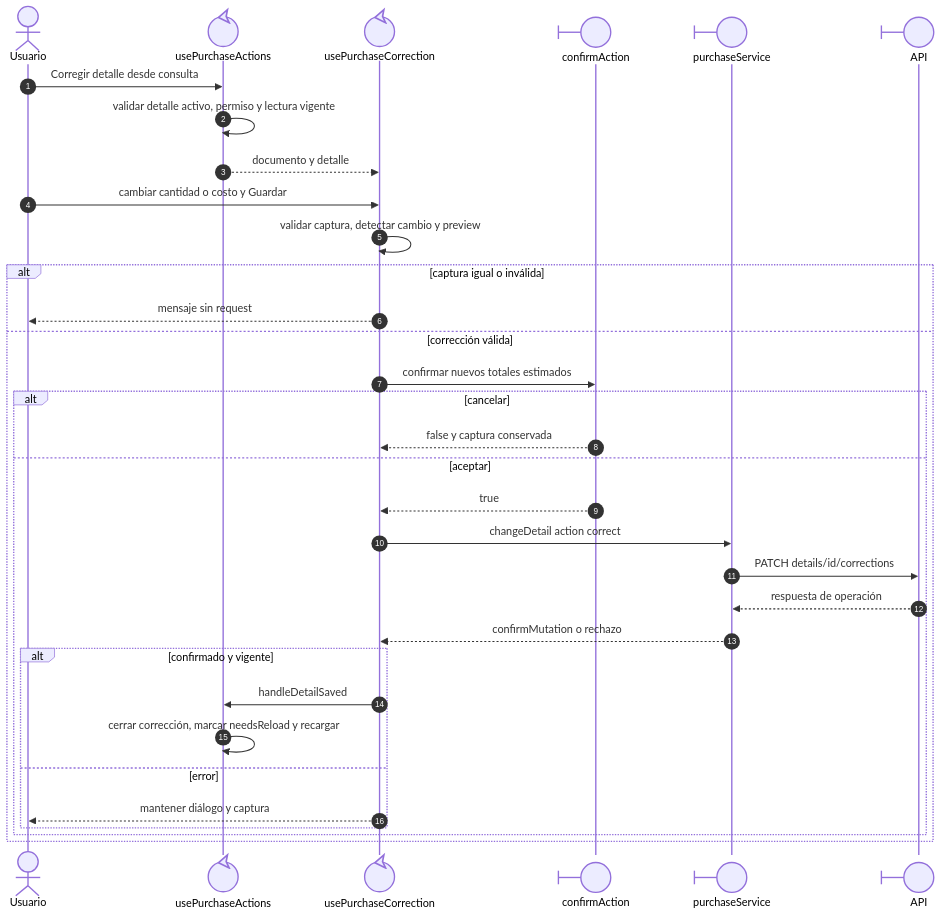
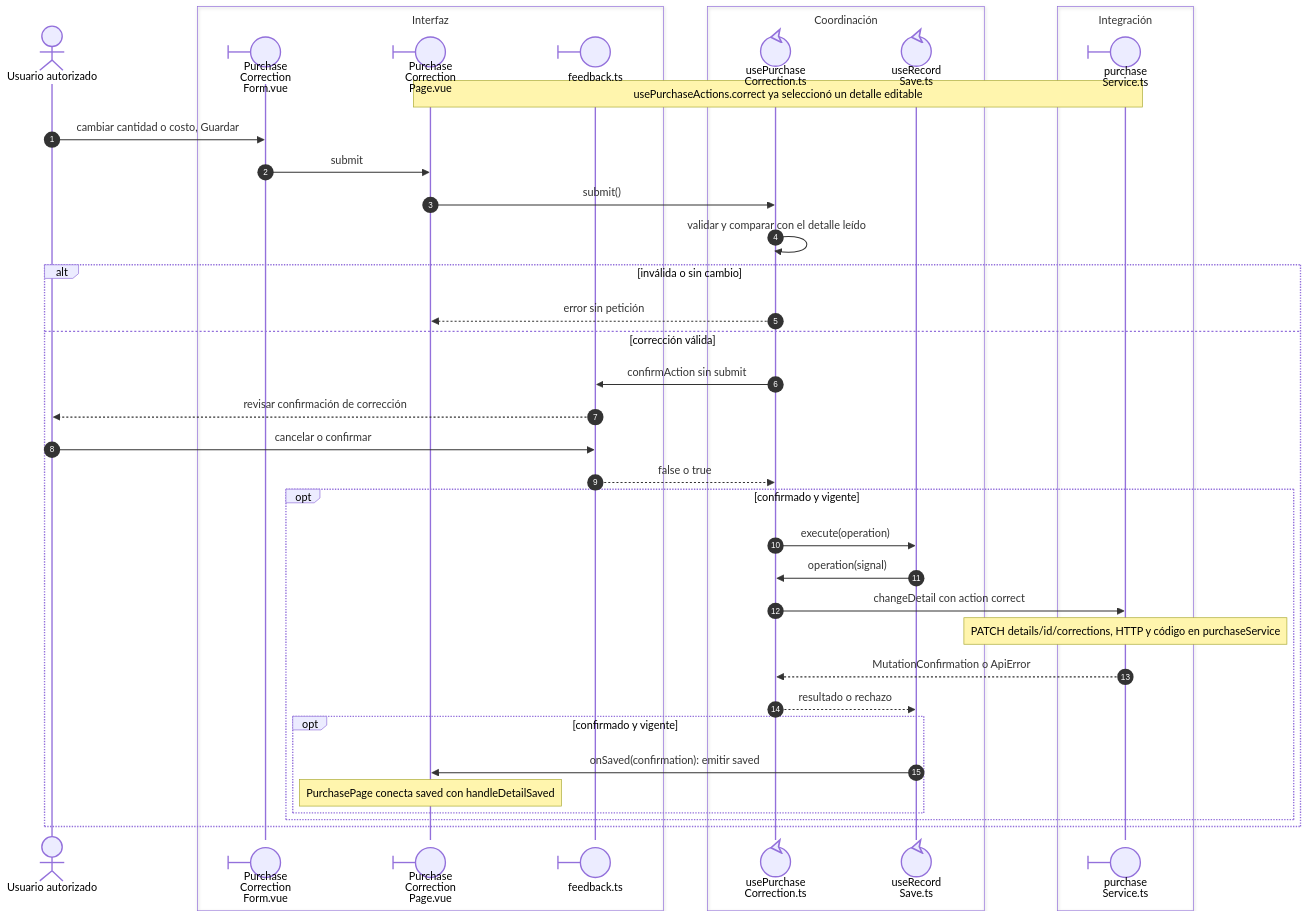
Before and after one commit to gpgsistemas01/nexus: the diagram in front/docs/architecture/views/processes/06-purchases/03-purchase-correction.md, drawn with Mermaid. The commit also changed other lines of this file and 46 other files, not shown here.

Commit message:
docs: alinear secuencias Vue con participantes y callbacks reales

````diff
--- a/front/docs/architecture/views/processes/06-purchases/03-purchase-correction.md
+++ b/front/docs/architecture/views/processes/06-purchases/03-purchase-correction.md
@@ -15,35 +13,42 @@
 ```mermaid
 sequenceDiagram
     autonumber
-    actor Usuario
-    participant Actions@{ "type": "control" } as usePurchaseActions
-    participant Correction@{ "type": "control" } as usePurchaseCorrection
-    participant Feedback@{ "type": "boundary" } as confirmAction
-    participant Service@{ "type": "boundary" } as purchaseService
-    participant API@{ "type": "boundary" } as API
-    Usuario->>Actions: Corregir detalle desde consulta
-    Actions->>Actions: validar detalle activo, permiso y lectura vigente
-    Actions-->>Correction: documento y detalle
-    Usuario->>Correction: cambiar cantidad o costo y Guardar
-    Correction->>Correction: validar captura, detectar cambio y preview
-    alt captura igual o inválida
-        Correction-->>Usuario: mensaje sin request
+    actor U as Usuario autorizado
+    box Interfaz
+    participant Form@{ "type": "boundary" } as Purchase<br/>Correction<br/>Form.vue
+    participant Page@{ "type": "boundary" } as Purchase<br/>Correction<br/>Page.vue
+    participant Feedback@{ "type": "boundary" } as feedback.ts
+    end
+    box Coordinación
+    participant Correction@{ "type": "control" } as usePurchase<br/>Correction.ts
+    participant Save@{ "type": "control" } as useRecord<br/>Save.ts
+    end
+    box Integración
+    participant Service@{ "type": "boundary" } as purchase<br/>Service.ts
+    end
+    Note over Page,Service: usePurchaseActions.correct ya seleccionó un detalle editable
+    U->>Form: cambiar cantidad o costo, Guardar
+    Form->>Page: submit
+    Page->>Correction: submit()
+    Correction->>Correction: validar y comparar con el detalle leído
+    alt inválida o sin cambio
+        Correction-->>Page: error sin petición
     else corrección válida
-        Correction->>Feedback: confirmar nuevos totales estimados
-        alt cancelar
-            Feedback-->>Correction: false y captura conservada
-        else aceptar
-            Feedback-->>Correction: true
-            Correction->>Service: changeDetail action correct
-            Service->>API: PATCH details/id/corrections
-            API-->>Service: respuesta de operación
-            Service-->>Correction: confirmMutation o rechazo
-            alt confirmado y vigente
-                Correction->>Actions: handleDetailSaved
-                Actions->>Actions: cerrar corrección, marcar needsReload y recargar
-            else error
-                Correction-->>Usuario: mantener diálogo y captura
+        Correction->>Feedback: confirmAction sin submit
+        Feedback-->>U: revisar confirmación de corrección
+        U->>Feedback: cancelar o confirmar
+        Feedback-->>Correction: false o true
+        opt confirmado y vigente
+            Correction->>Save: execute(operation)
+            Save->>Correction: operation(signal)
+            Correction->>Service: changeDetail con action correct
+            Note over Service: PATCH details/id/corrections, HTTP y código en purchaseService
+            Service-->>Correction: MutationConfirmation o ApiError
+            Correction-->>Save: resultado o rechazo
+            opt confirmado y vigente
+                Save->>Page: onSaved(confirmation): emitir saved
+                Note over Page: PurchasePage conecta saved con handleDetailSaved
             end
         end
     end
 ```
````
